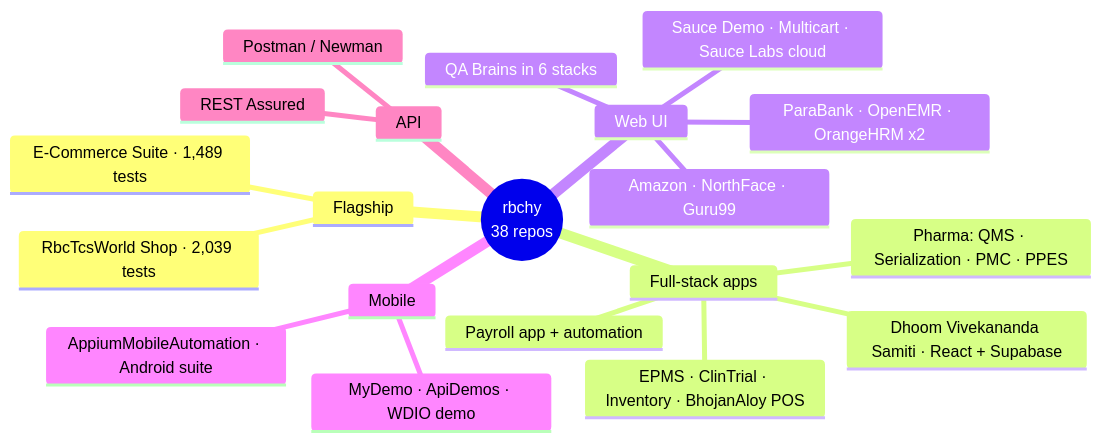
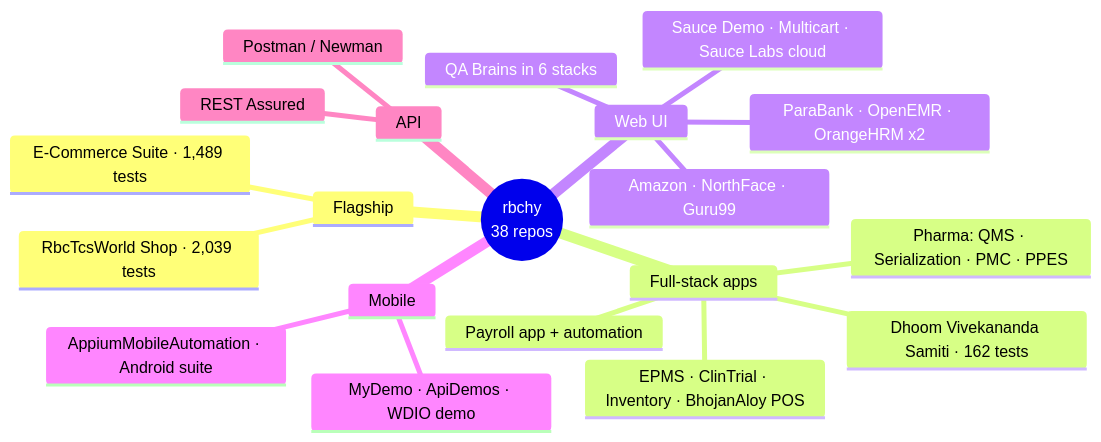
One commit to rbchy/ranajitchowdhury changed the ninth of 14 diagrams in README.md. Above: the diagram before and after it, drawn with Mermaid. The commit also changed other lines of this file and 3 other files, not shown here.

First line of the commit message:
Dhoom Vivekananda Samiti: 162 tests with Playwright E2E; 5,378 in all (#11)

````diff
--- a/README.md
+++ b/README.md
@@ -151,23 +151,23 @@
 ```mermaid
 mindmap
   root((rbchy<br/>38 repos))
     Flagship
       E-Commerce Suite · 1,489 tests
       RbcTcsWorld Shop · 2,039 tests
     Full-stack apps
       Pharma: QMS · Serialization · PMC · PPES
       Payroll app + automation
       EPMS · ClinTrial · Inventory · BhojanAloy POS
-      Dhoom Vivekananda Samiti · React + Supabase
+      Dhoom Vivekananda Samiti · 162 tests
     Web UI
       QA Brains in 6 stacks
       Amazon · NorthFace · Guru99
       ParaBank · OpenEMR · OrangeHRM x2
       Sauce Demo · Multicart · Sauce Labs cloud
     Mobile
       MyDemo · ApiDemos · WDIO demo
       AppiumMobileAutomation · Android suite
     API
       REST Assured
       Postman / Newman
 ```
````
